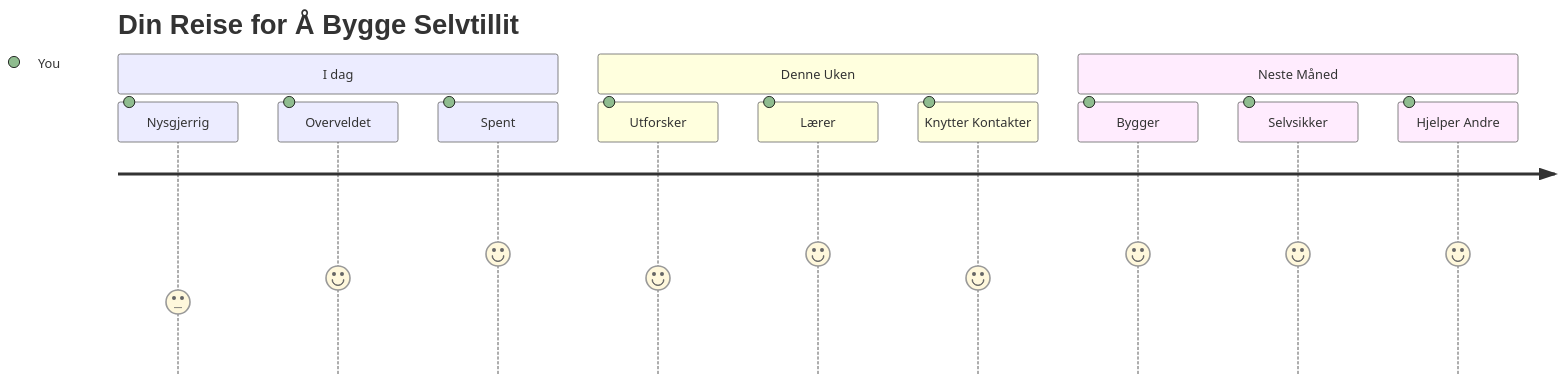
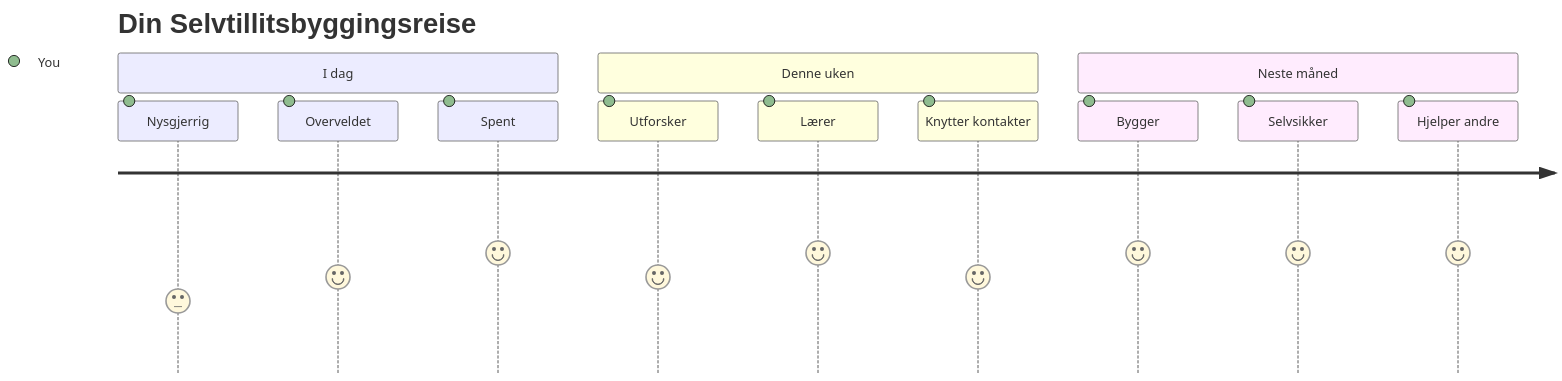
The seventh of 7 diagrams in translations/no/1-getting-started-lessons/1-intro-to-programming-languages/README.md (microsoft/Web-Dev-For-Beginners), drawn with Mermaid before and after one commit. The commit also changed other lines of this file and 11 other files, not shown here.

````diff
--- a/translations/no/1-getting-started-lessons/1-intro-to-programming-languages/README.md
+++ b/translations/no/1-getting-started-lessons/1-intro-to-programming-languages/README.md
@@ -833,16 +833,16 @@
 ```mermaid
 journey
-    title Din Reise for Å Bygge Selvtillit
+    title Din Selvtillitsbyggingsreise
     section I dag
       Nysgjerrig: 3: You
       Overveldet: 4: You
       Spent: 5: You
-    section Denne Uken
+    section Denne uken
       Utforsker: 4: You
       Lærer: 5: You
-      Knytter Kontakter: 4: You
-    section Neste Måned
+      Knytter kontakter: 4: You
+    section Neste måned
       Bygger: 5: You
       Selvsikker: 5: You
-      Hjelper Andre: 5: You
+      Hjelper andre: 5: You
 ```
````
